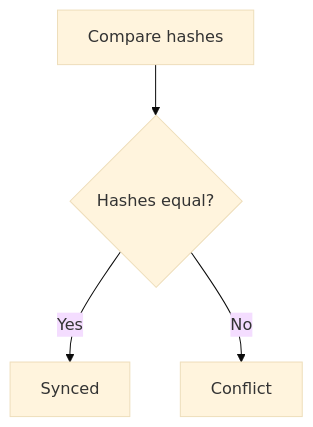
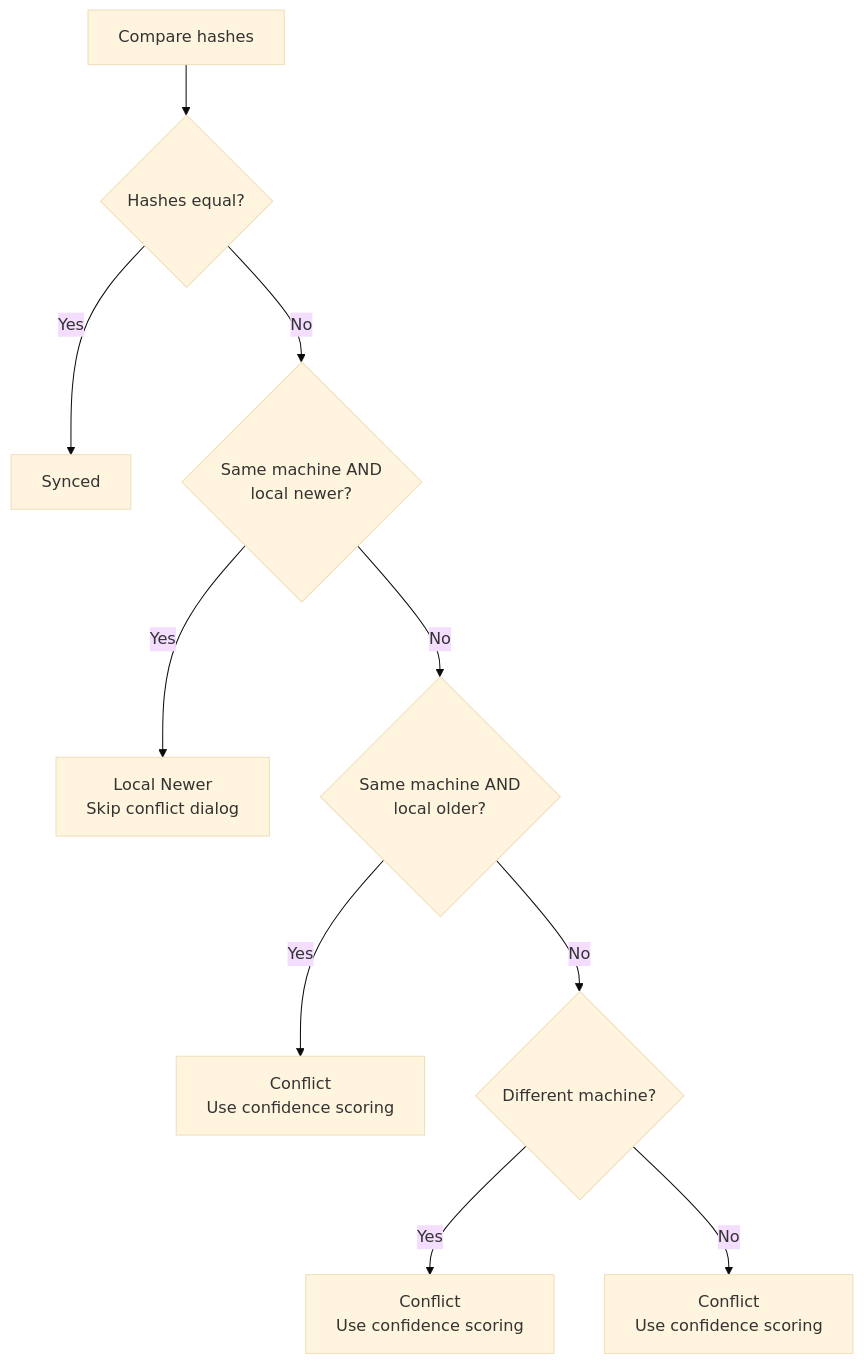
One commit to d1p/savesync changed the third of 7 diagrams in docs/TECHNICAL.md. Above: the diagram before and after it, drawn with Mermaid (base theme). The commit also changed other lines of this file, not shown here.

````diff
--- a/docs/TECHNICAL.md
+++ b/docs/TECHNICAL.md
@@ -151,6 +152,12 @@
 ```mermaid
 flowchart TD
     A[Compare hashes] --> B{Hashes equal?}
     B -->|Yes| C[Synced]
-    B -->|No| H[Conflict]
+    B -->|No| D{Same machine AND<br/>local newer?}
+    D -->|Yes| E[Local Newer<br/>Skip conflict dialog]
+    D -->|No| F{Same machine AND<br/>local older?}
+    F -->|Yes| G[Conflict<br/>Use confidence scoring]
+    F -->|No| H{Different machine?}
+    H -->|Yes| I[Conflict<br/>Use confidence scoring]
+    H -->|No| J[Conflict<br/>Use confidence scoring]
 ```
````
